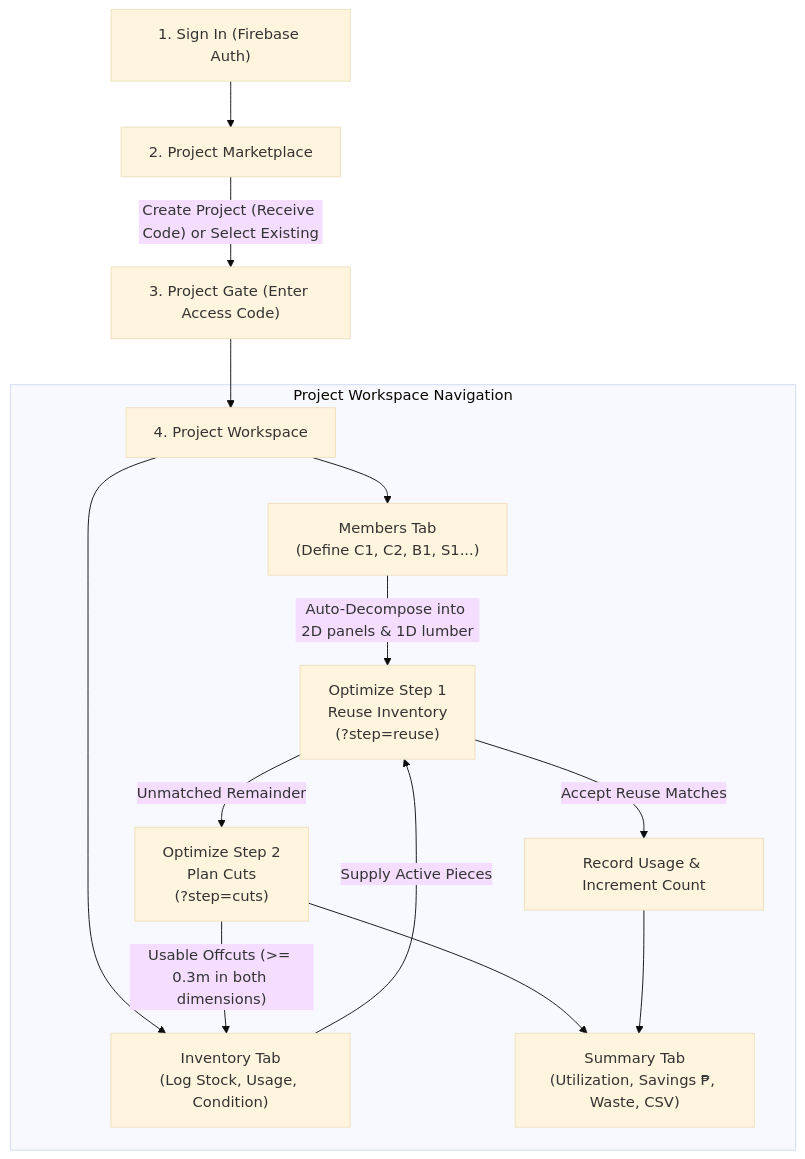
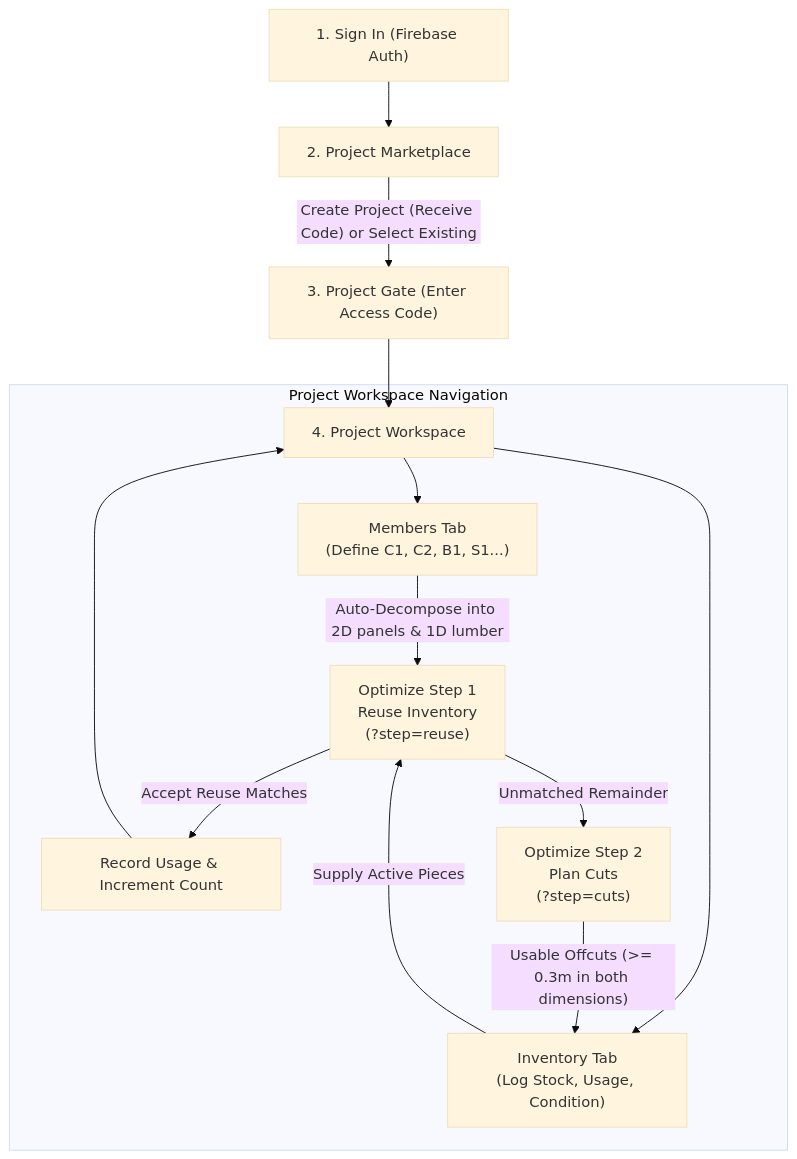
One commit to ejsadiarin/optimization-inventory-thesis changed the diagram in docs/user-flow.md. Above: the diagram before and after it, drawn with Mermaid (base theme). The commit also changed other lines of this file and 19 other files, not shown here.

````diff
--- a/docs/user-flow.md
+++ b/docs/user-flow.md
@@ -11,21 +11,20 @@
 ```mermaid
 flowchart TD
     A["1. Sign In (Firebase Auth)"] --> B["2. Project Marketplace"]
     B -->|"Create Project (Receive Code) or Select Existing"| C["3. Project Gate (Enter Access Code)"]
     C --> D["4. Project Workspace"]
 
     subgraph "Project Workspace Navigation"
         D --> M["Members Tab\n(Define C1, C2, B1, S1...)"]
         M -->|"Auto-Decompose into 2D panels & 1D lumber"| OPT_M["Optimize Step 1\nReuse Inventory\n(?step=reuse)"]
         
         D --> INV["Inventory Tab\n(Log Stock, Usage, Condition)"]
         INV -->|"Supply Active Pieces"| OPT_M
         
         OPT_M -->|"Accept Reuse Matches"| LOG["Record Usage & Increment Count"]
         OPT_M -->|"Unmatched Remainder"| OPT_C["Optimize Step 2\nPlan Cuts\n(?step=cuts)"]
         
         OPT_C -->|"Usable Offcuts (>= 0.3m in both dimensions)"| INV
-        OPT_C --> SUM["Summary Tab\n(Utilization, Savings ₱, Waste, CSV)"]
-        LOG --> SUM
+        LOG --> D
     end
 ```
````
